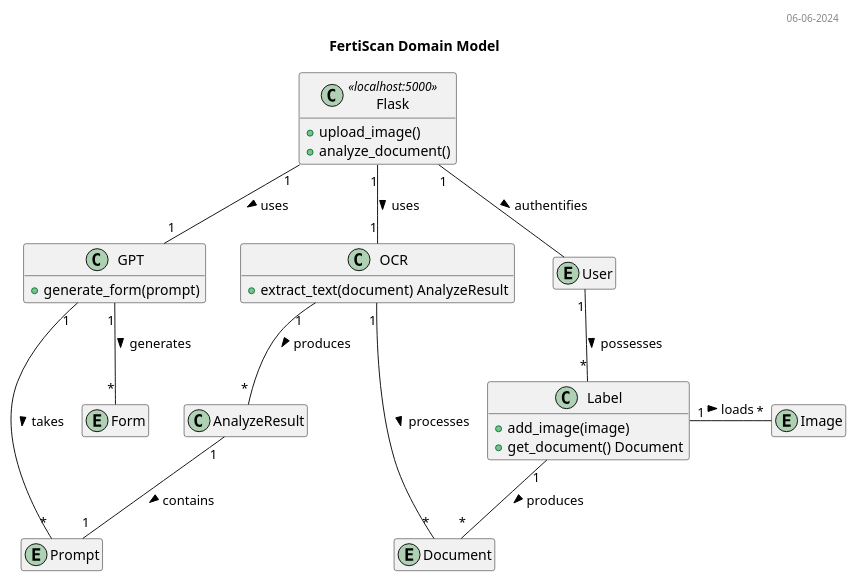
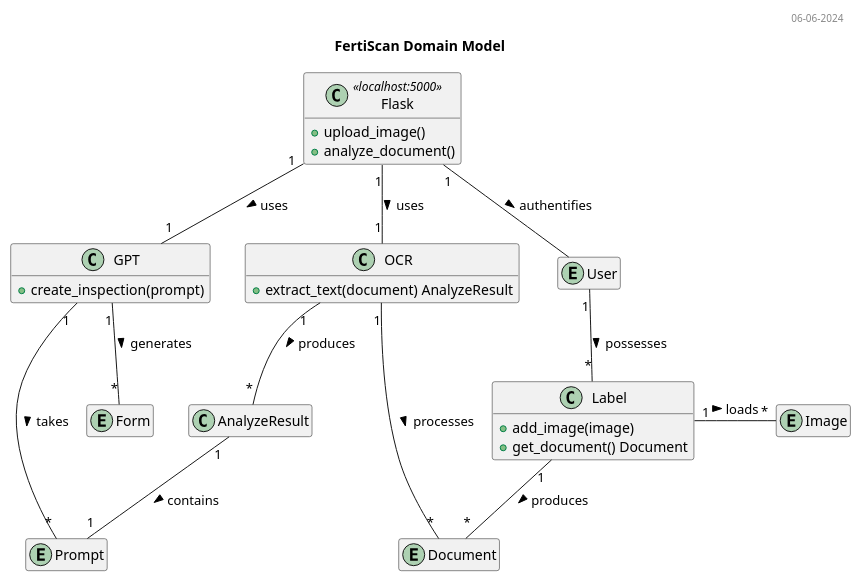
One commit to ai-cfia/fertiscan-backend changed the diagram in docs/plantuml/domain_model.puml. Above: the diagram before and after it, drawn with PlantUML. The commit also changed 13 other files, not shown here.

```diff
--- a/docs/plantuml/domain_model.puml
+++ b/docs/plantuml/domain_model.puml
@@ -1,48 +1,48 @@
 @startuml Model Diagram
 
 header 06-06-2024
  
 title FertiScan Domain Model
  
 hide empty members
  
 class "Flask" as S <<localhost:5000>> {
   + upload_image()
   + analyze_document()
 }
 
 class "Label" as DS {
 + add_image(image)
 + get_document() Document
 }
 
 class "GPT" as LLM {
-+ generate_form(prompt)
++ create_inspection(prompt)
 }
 
 class "OCR" {
 + extract_text(document) AnalyzeResult
 }
 
 class "AnalyzeResult" as R
 entity "User" as U
 entity "Image" as I
 entity "Document" as D
 entity "Prompt" as P 
 entity "Form" as F
  
  
 S "1" -- "1" OCR: uses >
 S "1" -- "1" LLM: uses >
 S "1" -- U: authentifies >
 
 U "1" -- "*" DS: possesses > 
 OCR "1" -- "*" D: processes >
 OCR "1" -- "*" R: produces >
 DS "1" -- "*" D: produces > 
 DS "1" - "*" I: loads >
 LLM "1" -- "*" P: takes >
 LLM "1" -- "*" F: generates >
 R "1" -- "1" P: contains >
 
 @enduml
```
